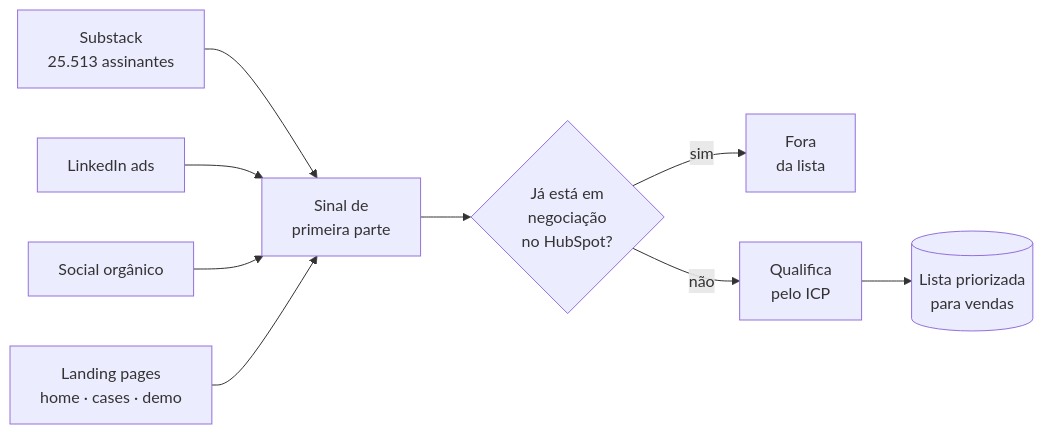
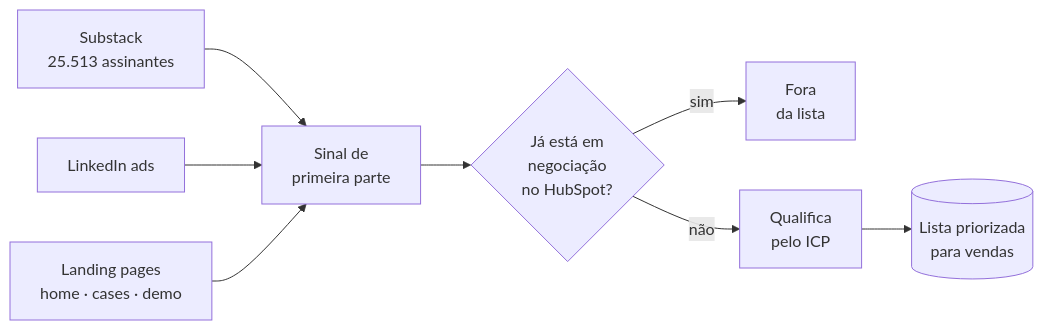
One commit to newtonbeck/hacktown-2026 changed the diagram in palestras/01-trabalho-invisivel-vendas/core/07-agosto-o-command-center.md. Above: the diagram before and after it, drawn with Mermaid. The commit also changed other lines of this file and 3 other files, not shown here.

````diff
--- a/palestras/01-trabalho-invisivel-vendas/core/07-agosto-o-command-center.md
+++ b/palestras/01-trabalho-invisivel-vendas/core/07-agosto-o-command-center.md
@@ -49,11 +49,10 @@
 ```mermaid
 flowchart LR
   S1["Substack<br/>25.513 assinantes"] --> B
   S2["LinkedIn ads"] --> B
-  S3["Social orgânico"] --> B
-  S4["Landing pages<br/>home · cases · demo"] --> B
+  S3["Landing pages<br/>home · cases · demo"] --> B
   B["Sinal de<br/>primeira parte"] --> H{"Já está em<br/>negociação<br/>no HubSpot?"}
   H -- sim --> X["Fora<br/>da lista"]
   H -- não --> Q["Qualifica<br/>pelo ICP"]
   Q --> L[("Lista priorizada<br/>para vendas")]
 ```
````
